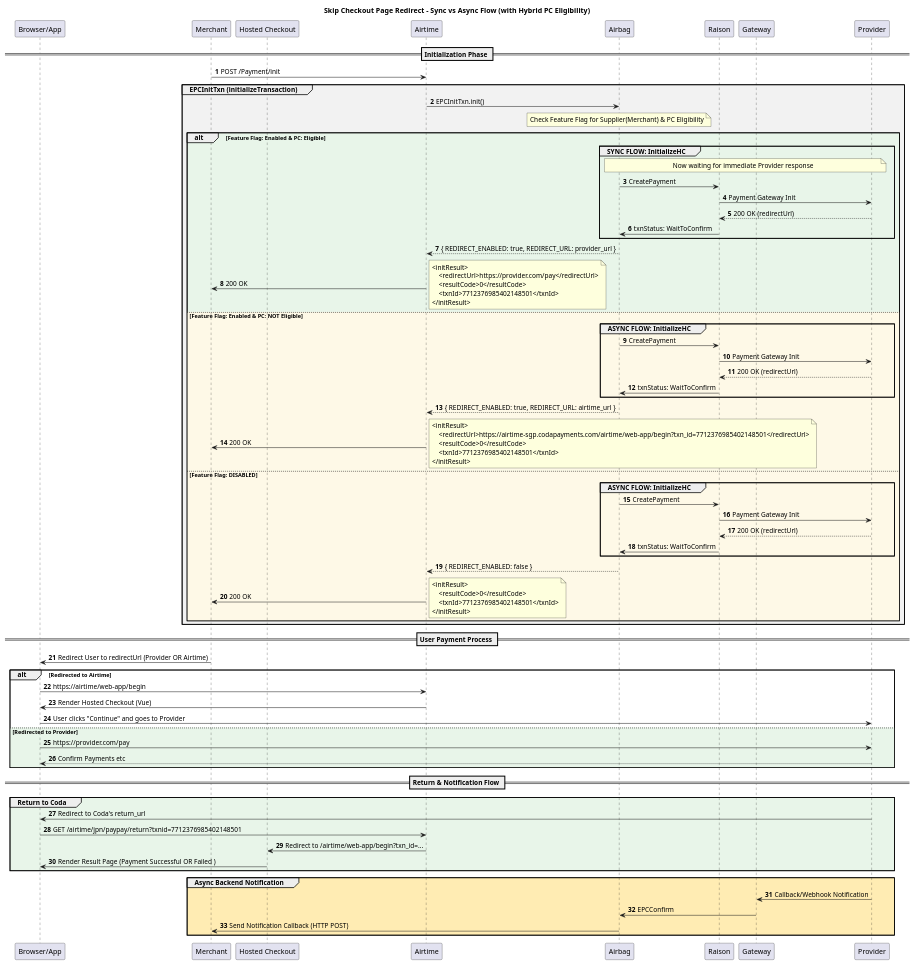
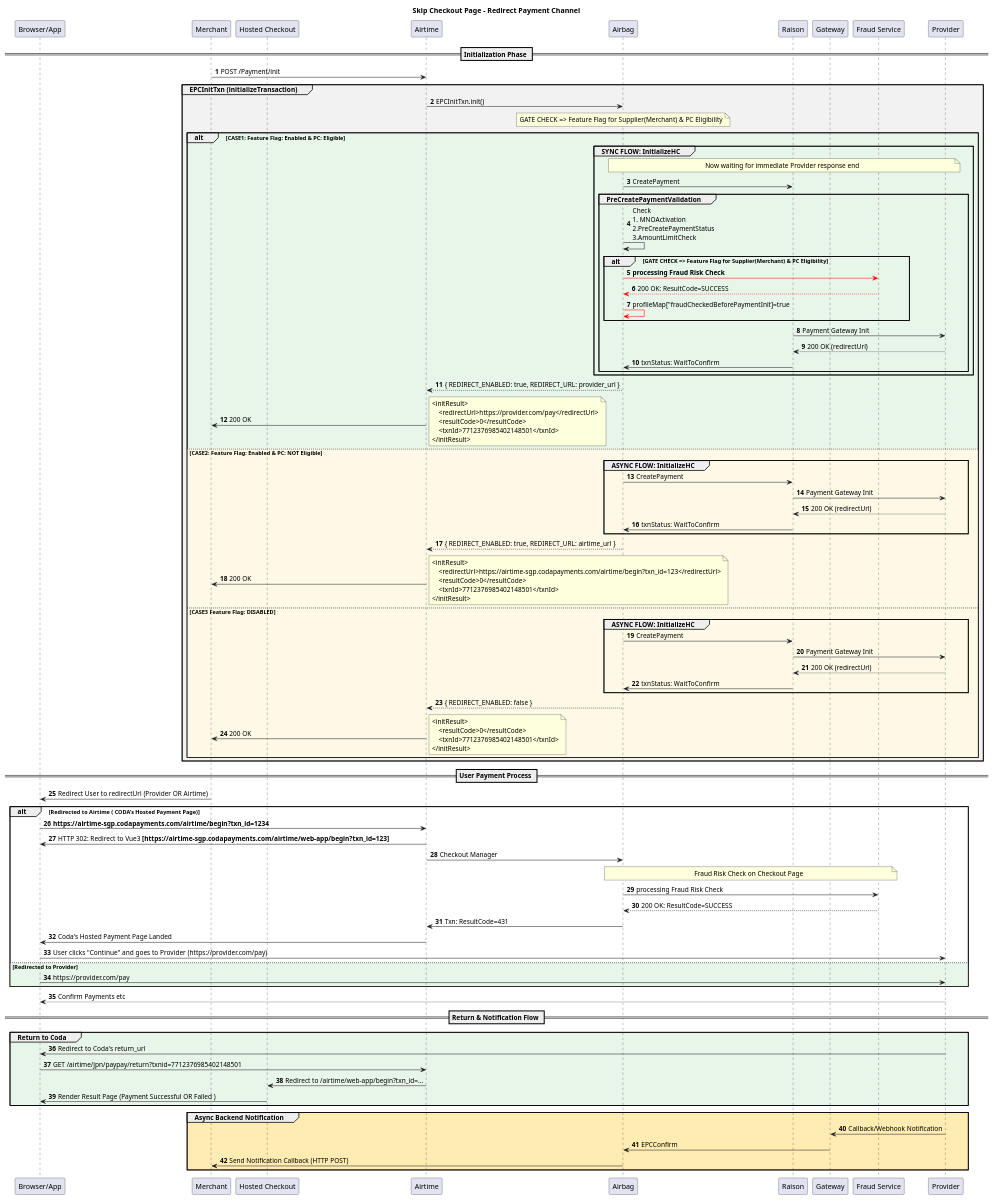
Before and after one commit to ChoChoHtet/UML: the diagram in codalinkout_redirect_skip_chekcout.puml, drawn with PlantUML. The commit also changed 1 other file, not shown here.

Commit message:
rediret skip final

```diff
--- a/codalinkout_redirect_skip_chekcout.puml
+++ b/codalinkout_redirect_skip_chekcout.puml
@@ -1,106 +1,120 @@
 @startuml
 'https://plantuml.com/sequence-diagram
 
 autonumber
-title Skip Checkout Page Redirect  - Sync vs Async Flow (with Hybrid PC Eligibility)
+title Skip Checkout Page - Redirect Payment Channel
 
 participant "Browser/App" as browser
 participant merchant as "Merchant"
 participant vue as "Hosted Checkout"
 participant airtime as "Airtime"
 participant airbag as "Airbag"
 participant raison as "Raison"
 participant gateway as "Gateway"
+participant fraud as "Fraud Service"
 participant provider as "Provider"
 
 == Initialization Phase ==
 
 merchant -> airtime: POST /Payment/init
 
 group #F2F2F2 EPCInitTxn (initializeTransaction)
     airtime -> airbag: EPCInitTxn.init()
 
-    note over airbag: Check Feature Flag for Supplier(Merchant) & PC Eligibility
+    note over airbag: GATE CHECK => Feature Flag for Supplier(Merchant) & PC Eligibility
 
-    alt #E8F5E9 Feature Flag: Enabled & PC: Eligible
-        group **SYNC FLOW**: InitializeHC
-            note over airbag, provider: Now waiting for immediate Provider response
-            airbag -> raison : CreatePayment
-            raison -> provider : Payment Gateway Init
-            provider --> raison : 200 OK (redirectUrl)
-            raison -> airbag: txnStatus: WaitToConfirm
-        end
-        airbag --> airtime: { REDIRECT_ENABLED: true, REDIRECT_URL: provider_url }
+    alt #E8F5E9 CASE1: Feature Flag: Enabled & PC: Eligible
+         group **SYNC FLOW**: InitializeHC
+                   note over airbag, provider: Now waiting for immediate Provider response end
+                   airbag -> raison : CreatePayment
+                   group **PreCreatePaymentValidation**
+                   airbag -> airbag: Check\n1. MNOActivation\n2.PreCreatePaymentStatus\n3.AmountLimitCheck
+                        alt GATE CHECK => Feature Flag for Supplier(Merchant) & PC Eligibility
+                        airbag -[#red]> fraud: <b>processing Fraud Risk Check</b>
+                        fraud --[#red]>airbag: 200 OK: ResultCode=SUCCESS
+                        airbag -[#red]> airbag: profileMap["fraudCheckedBeforePaymentInit]=true
+                        end alt
+                   raison -> provider : Payment Gateway Init
+                   provider --> raison : 200 OK (redirectUrl)
+                   raison -> airbag: txnStatus: WaitToConfirm
+                   end group
+         end
+
+airbag --> airtime: { REDIRECT_ENABLED: true, REDIRECT_URL: provider_url }
         airtime -> merchant: 200 OK
         note right
             <initResult>
                 <redirectUrl>https://provider.com/pay</redirectUrl>
                 <resultCode>0</resultCode>
                 <txnId>7712376985402148501</txnId>
             </initResult>
         end note
-
-    else #FEF9E7 Feature Flag: Enabled & PC: NOT Eligible
+    else #FEF9E7 CASE2: Feature Flag: Enabled & PC: NOT Eligible
         group **ASYNC FLOW**: InitializeHC
             airbag -> raison : CreatePayment
                        raison -> provider : Payment Gateway Init
                        provider --> raison : 200 OK (redirectUrl)
                        raison -> airbag: txnStatus: WaitToConfirm
         end
         airbag --> airtime: { REDIRECT_ENABLED: true, REDIRECT_URL: airtime_url }
         airtime -> merchant: 200 OK
         note right
             <initResult>
-                <redirectUrl>https://airtime-sgp.codapayments.com/airtime/web-app/begin?txn_id=7712376985402148501</redirectUrl>
+                <redirectUrl>https://airtime-sgp.codapayments.com/airtime/begin?txn_id=123</redirectUrl>
                 <resultCode>0</resultCode>
                 <txnId>7712376985402148501</txnId>
             </initResult>
         end note
 
-    else #FEF9E7 Feature Flag: DISABLED
+    else #FEF9E7 CASE3 Feature Flag: DISABLED
         group **ASYNC FLOW**: InitializeHC
              airbag -> raison : CreatePayment
                         raison -> provider : Payment Gateway Init
                         provider --> raison : 200 OK (redirectUrl)
                         raison -> airbag: txnStatus: WaitToConfirm
         end
         airbag --> airtime: { REDIRECT_ENABLED: false }
         airtime -> merchant: 200 OK
         note right
             <initResult>
                 <resultCode>0</resultCode>
                 <txnId>7712376985402148501</txnId>
             </initResult>
         end note
     end
 end
 
 == User Payment Process ==
 
 merchant -> browser: Redirect User to redirectUrl (Provider OR Airtime)
-alt Redirected to Airtime
-    browser -> airtime: https://airtime/web-app/begin
-    airtime -> browser: Render Hosted Checkout (Vue)
-    browser -> provider: User clicks "Continue" and goes to Provider
+alt Redirected to Airtime ( CODA's Hosted Payment Page)
+    browser -> airtime: <b>https://airtime-sgp.codapayments.com/airtime/begin?txn_id=1234</b>
+    airtime -> browser: HTTP 302: Redirect to Vue3 <b>[https://airtime-sgp.codapayments.com/airtime/web-app/begin?txn_id=123]</b>
+    airtime -> airbag: Checkout Manager
+    note over airbag,fraud: Fraud Risk Check on Checkout Page
+    airbag -> fraud: processing Fraud Risk Check
+    airbag <-- fraud: 200 OK: ResultCode=SUCCESS
+    airbag -> airtime: Txn: ResultCode=431
+    airtime -> browser: Coda's Hosted Payment Page Landed
+    browser -> provider: User clicks "Continue" and goes to Provider (https://provider.com/pay)
 else #E8F5E9 Redirected to Provider
     browser -> provider: https://provider.com/pay
-    provider --> browser: Confirm Payments etc
-
 end
+ provider --> browser: Confirm Payments etc
 
 == Return & Notification Flow ==
 
 group #E8F5E9 Return to Coda
     provider -> browser: Redirect to Coda's return_url
     browser -> airtime: GET /airtime/jpn/paypay/return?txnid=7712376985402148501
     airtime -> vue: Redirect to /airtime/web-app/begin?txn_id=...
     vue -> browser: Render Result Page (Payment Successful OR Failed )
 end
 
 group #FFECB3 Async Backend Notification
     provider -> gateway: Callback/Webhook Notification
     gateway -> airbag: EPCConfirm
     airbag -> merchant: Send Notification Callback (HTTP POST)
 end
 
 @enduml
```
